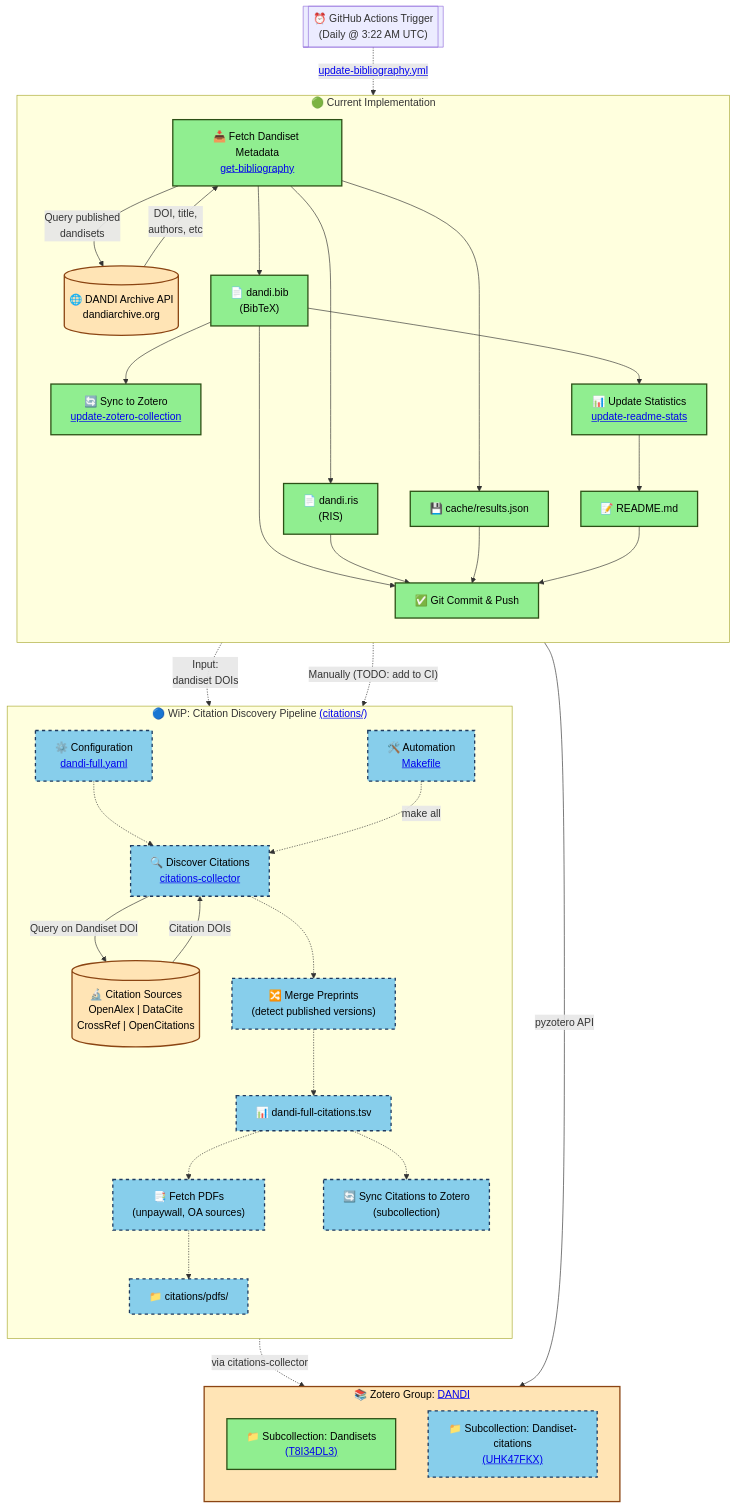
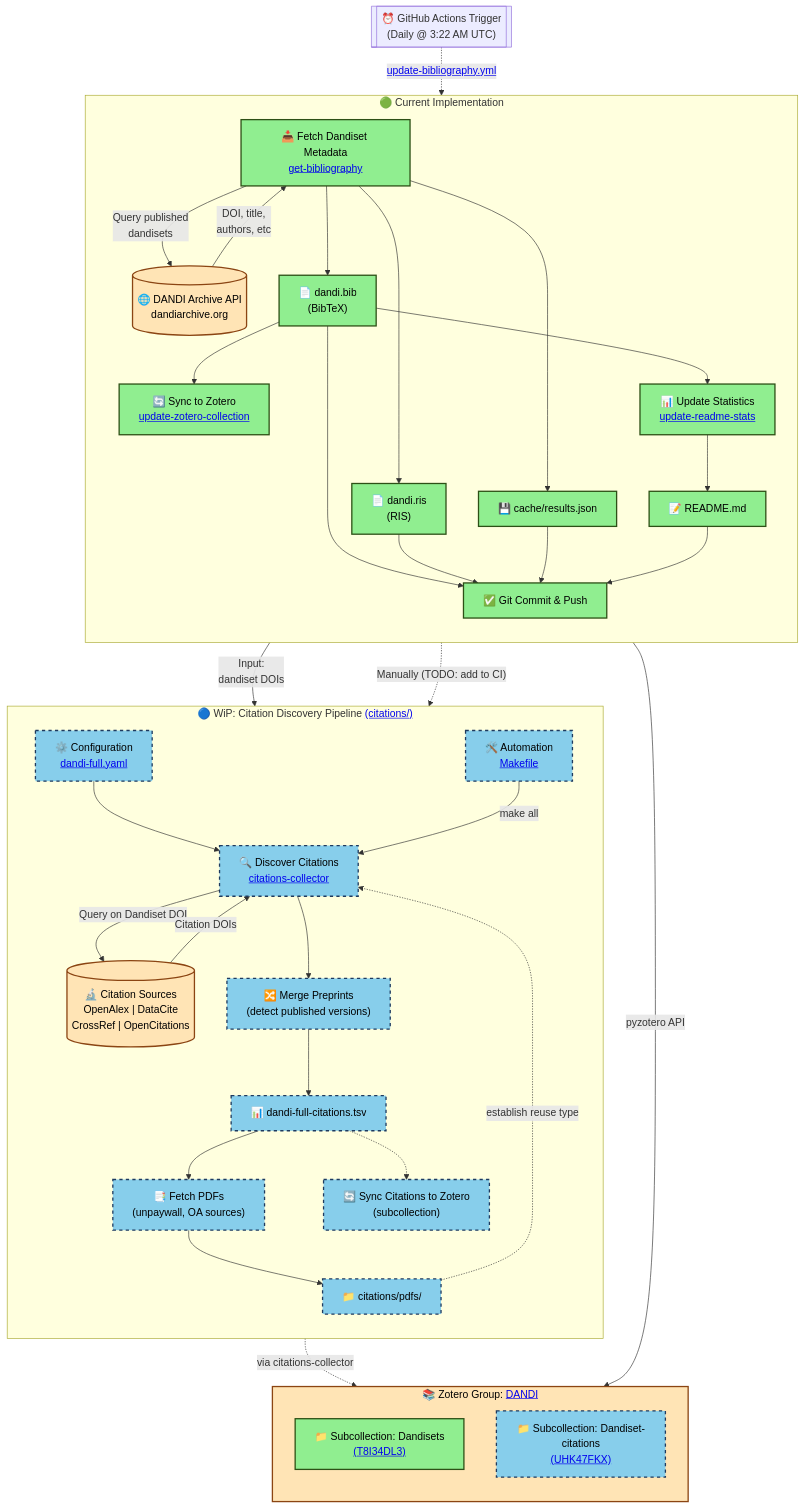
The diagram in README.md (dandi/dandi-bib), drawn with Mermaid before and after one commit.

Commit message:
Improve citation discovery workflow diagram
- Use solid lines for citation pipeline (working, not just planned)
- Add feedback loop: PDFs → establish reuse type → discover
- Update CI trigger to point to Makefile instead of config
- Clarify that citations workflow is operational

```diff
--- a/README.md
+++ b/README.md
@@ -96,29 +96,31 @@
         cc_config["⚙️ Configuration<br/><a href='citations/dandi-full.yaml'>dandi-full.yaml</a>"]
 
         discover["🔍 Discover Citations<br/><a href='https://github.com/con/citations-collector'>citations-collector</a>"]
-        bib -.->|"Input:<br/>dandiset DOIs"| cc_config
-        cc_config -.-> discover
+        bib -->|"Input:<br/>dandiset DOIs"| cc_config
+        cc_config --> discover
 
         sources[("🔬 Citation Sources<br/>OpenAlex | DataCite<br/>CrossRef | OpenCitations")]
         discover -->|Query on Dandiset DOI| sources
         sources -->|Citation DOIs| discover
 
         merge["🔀 Merge Preprints<br/>(detect published versions)"]
-        discover -.-> merge
+        discover --> merge
 
         tsv["📊 dandi-full-citations.tsv"]
-        merge -.-> tsv
+        merge --> tsv
 
         pdfs["📑 Fetch PDFs<br/>(unpaywall, OA sources)"]
-        tsv -.-> pdfs
+        tsv --> pdfs
         pdf_dir["📁 citations/pdfs/"]
-        pdfs -.-> pdf_dir
+        pdfs --> pdf_dir
+        
+        pdf_dir -.->|establish reuse type| discover
 
         zotero_citations["🔄 Sync Citations to Zotero<br/>(subcollection)"]
         tsv -.-> zotero_citations
 
         makefile["🛠️ Automation<br/><a href='citations/Makefile'>Makefile</a>"]
-        makefile -.->|"make all"| discover
+        makefile -->|"make all"| discover
     end
 
     %% Zotero Group (external)
@@ -133,7 +135,7 @@
     zotero_citations -.->|"via citations-collector"| zotero_citations_coll
 
     %% Connections between workflows
-    commit -.->|"Manually (TODO: add to CI)"| cc_config
+    commit -.->|"Manually (TODO: add to CI)"| makefile
 
     %% Styling
     classDef implemented fill:#90EE90,stroke:#2d5016,stroke-width:2px,color:#000
```
